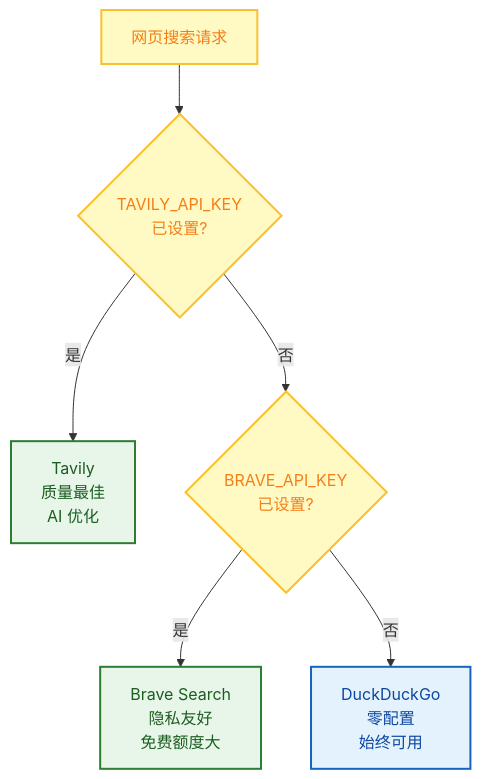
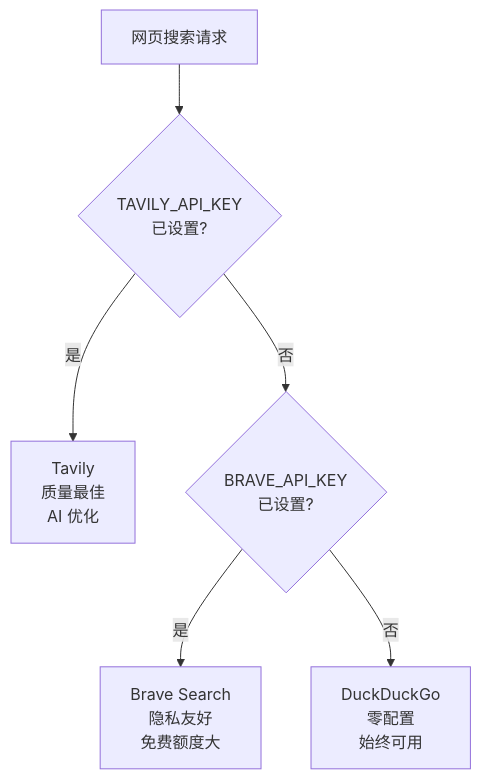
The fifth of 16 diagrams in docs/zh-CN/blog/finchbot-flexible-ai-agent-framework.md (zhangjingyuan177-hue/FinchBot), drawn with Mermaid before and after one commit. The commit also changed other lines of this file and 7 other files, not shown here.

````diff
--- a/docs/zh-CN/blog/finchbot-flexible-ai-agent-framework.md
+++ b/docs/zh-CN/blog/finchbot-flexible-ai-agent-framework.md
@@ -303,22 +300,18 @@
 ```mermaid
 flowchart TD
-    classDef check fill:#fff9c4,stroke:#fbc02d,stroke-width:2px,color:#f57f17;
-    classDef engine fill:#e8f5e9,stroke:#2e7d32,stroke-width:2px,color:#1b5e20;
-    classDef fallback fill:#e3f2fd,stroke:#1565c0,stroke-width:2px,color:#0d47a1;
-
-    Start[网页搜索请求]:::check
+    Start[网页搜索请求]
     
-    Check1{TAVILY_API_KEY<br/>已设置?}:::check
-    Tavily[Tavily<br/>质量最佳<br/>AI 优化]:::engine
+    Check1{TAVILY_API_KEY<br/>已设置?}
+    Tavily[Tavily<br/>质量最佳<br/>AI 优化]
     
-    Check2{BRAVE_API_KEY<br/>已设置?}:::check
-    Brave[Brave Search<br/>隐私友好<br/>免费额度大]:::engine
+    Check2{BRAVE_API_KEY<br/>已设置?}
+    Brave[Brave Search<br/>隐私友好<br/>免费额度大]
         
-    DDG[DuckDuckGo<br/>零配置<br/>始终可用]:::fallback
+    DDG[DuckDuckGo<br/>零配置<br/>始终可用]
 
     Start --> Check1
     Check1 -->|是| Tavily
     Check1 -->|否| Check2
     Check2 -->|是| Brave
     Check2 -->|否| DDG
 ```
````
